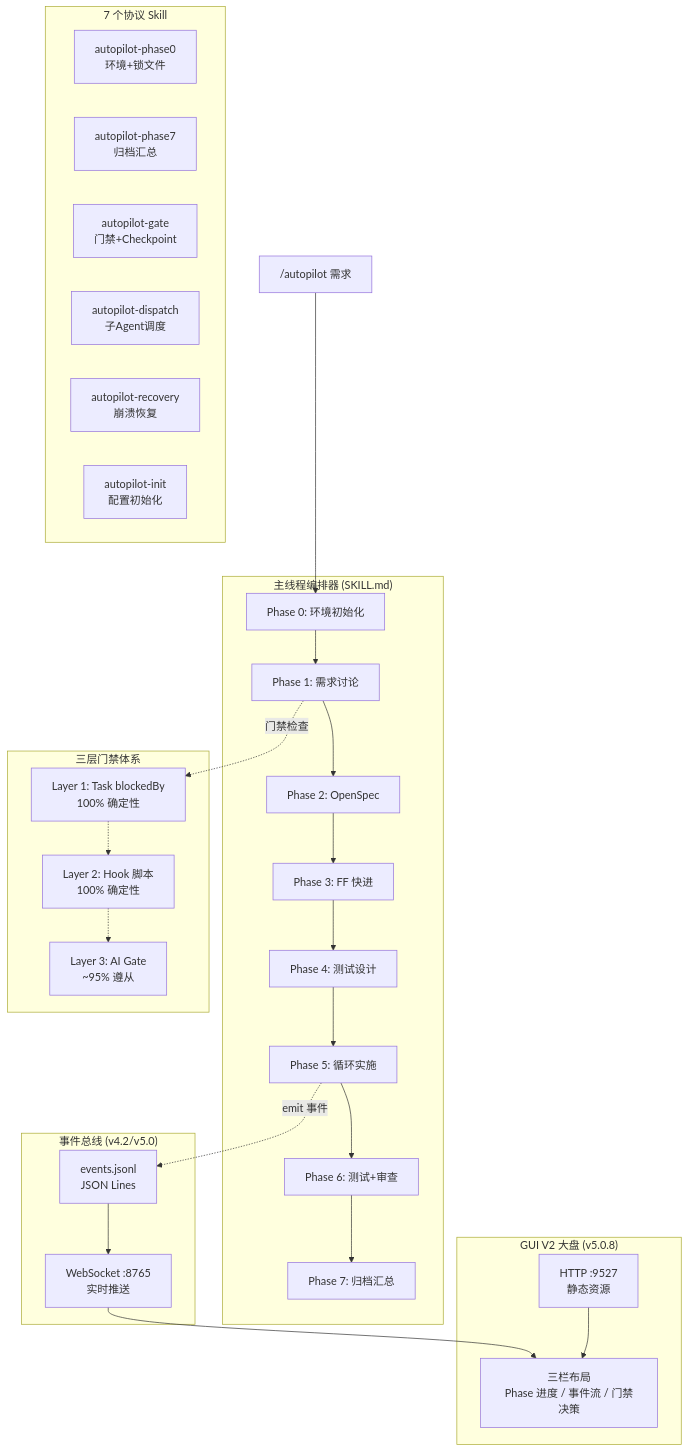
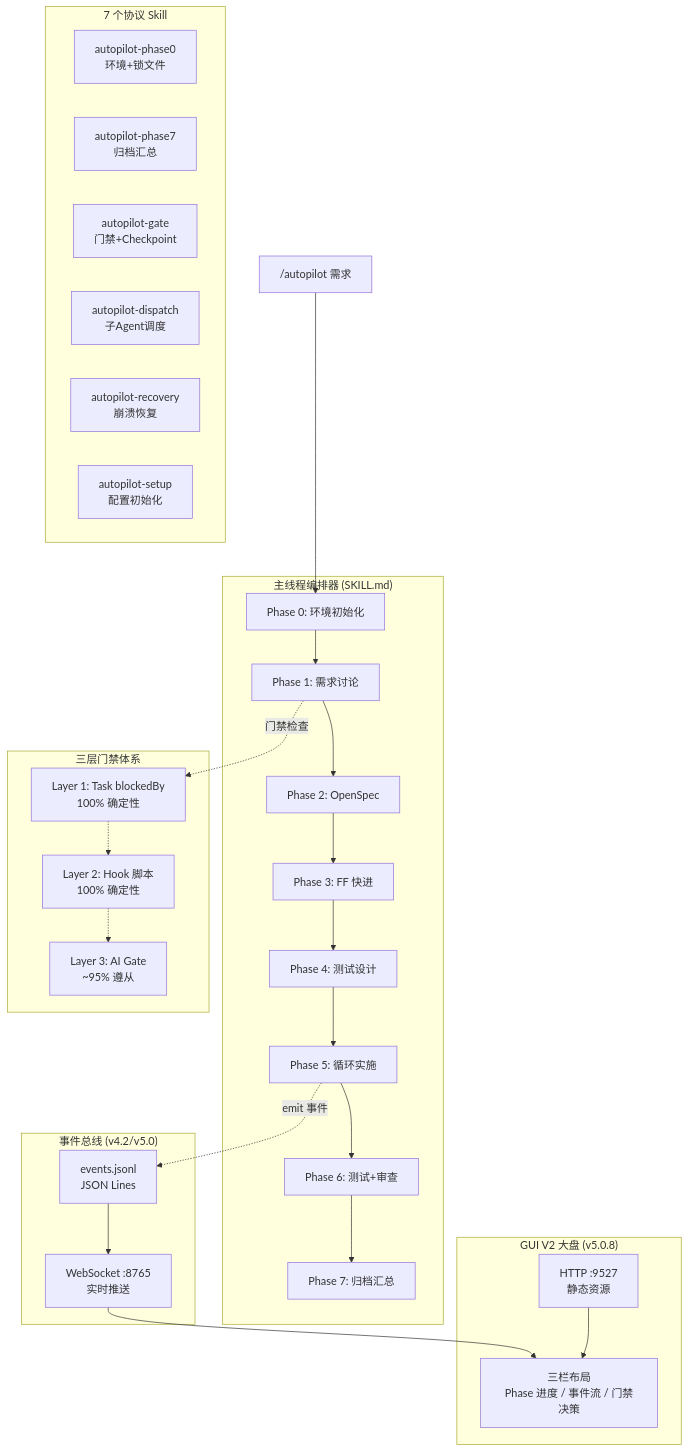
The diagram in plugins/spec-autopilot/docs/architecture/overview.md (lorainwings/claude-autopilot), drawn with Mermaid before and after one commit. The commit also changed other lines of this file and 87 other files, not shown here.

First line of the commit message:
refactor(spec-autopilot): rename autopilot-init to autopilot-setup and slim down autopilot-recovery

````diff
--- a/plugins/spec-autopilot/docs/architecture/overview.md
+++ b/plugins/spec-autopilot/docs/architecture/overview.md
@@ -9,47 +9,47 @@
 ```mermaid
 graph TD
     User["/autopilot 需求"] --> P0
 
     subgraph "主线程编排器 (SKILL.md)"
         P0[Phase 0: 环境初始化] --> P1[Phase 1: 需求讨论]
         P1 --> P2[Phase 2: OpenSpec]
         P2 --> P3[Phase 3: FF 快进]
         P3 --> P4[Phase 4: 测试设计]
         P4 --> P5[Phase 5: 循环实施]
         P5 --> P6[Phase 6: 测试+审查]
         P6 --> P7[Phase 7: 归档汇总]
     end
 
     subgraph "三层门禁体系"
         L1[Layer 1: Task blockedBy<br/>100% 确定性]
         L2[Layer 2: Hook 脚本<br/>100% 确定性]
         L3[Layer 3: AI Gate<br/>~95% 遵从]
     end
 
     subgraph "事件总线 (v4.2/v5.0)"
         EB[events.jsonl<br/>JSON Lines]
         WS[WebSocket :8765<br/>实时推送]
     end
 
     subgraph "GUI V2 大盘 (v5.0.8)"
         HTTP[HTTP :9527<br/>静态资源]
         GUI[三栏布局<br/>Phase 进度 / 事件流 / 门禁决策]
     end
 
     P1 -.->|门禁检查| L1
     L1 -.-> L2
     L2 -.-> L3
     P5 -.->|emit 事件| EB
     EB --> WS
     WS --> GUI
     HTTP --> GUI
 
     subgraph "7 个协议 Skill"
         SP0[autopilot-phase0<br/>环境+锁文件]
         SP7[autopilot-phase7<br/>归档汇总]
         SG[autopilot-gate<br/>门禁+Checkpoint]
         SD[autopilot-dispatch<br/>子Agent调度]
         SR[autopilot-recovery<br/>崩溃恢复]
-        SI[autopilot-init<br/>配置初始化]
+        SI[autopilot-setup<br/>配置初始化]
     end
 ```
````
